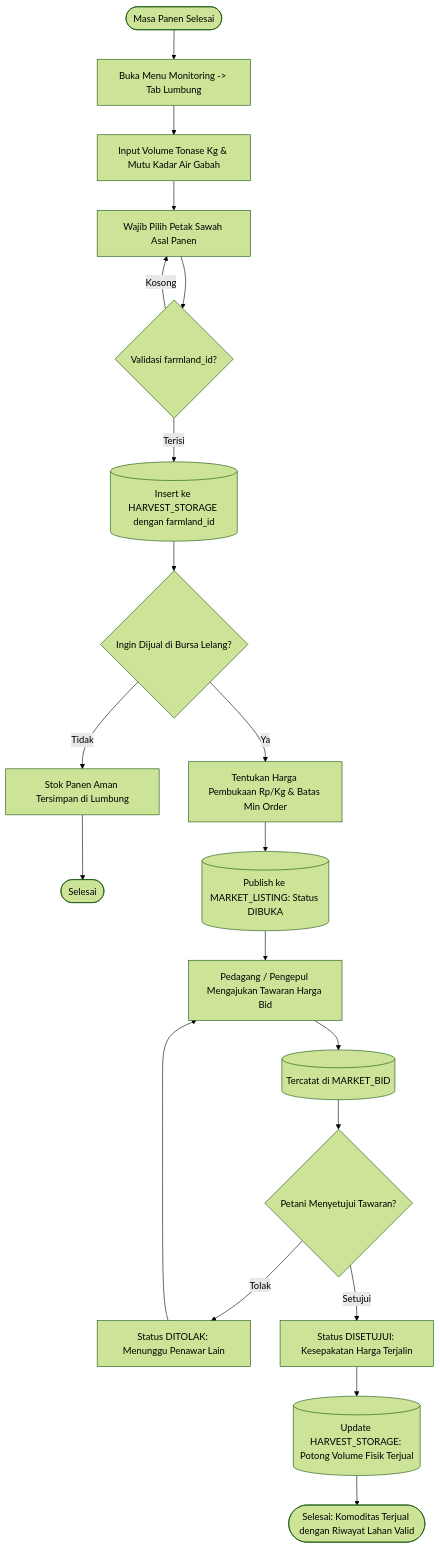
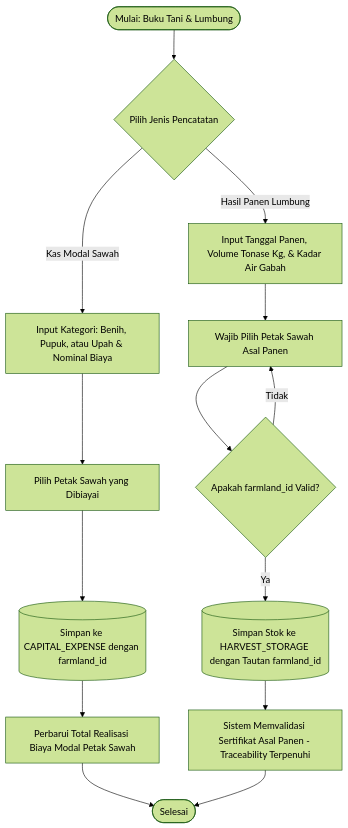
Before and after one commit to ombay86/agribuddy: the fifth of 6 diagrams in FLOWCHART_AgriBuddy.md, drawn with Mermaid (forest theme). The commit also changed other lines of this file and 14 other files, not shown here.

Commit message:
docs: perbarui PRD, ERD, Use Case, Flowchart, dan Activity Diagram sesuai arsitektur Node.js & Gemini AI

````diff
--- a/FLOWCHART_AgriBuddy.md
+++ b/FLOWCHART_AgriBuddy.md
@@ -206,22 +172,18 @@
 ```mermaid
 flowchart TD
-    S4([Masa Panen Selesai]) --> OpenLumbung[Buka Menu Monitoring -> Tab Lumbung]
-    OpenLumbung --> InHarvest[Input Volume Tonase Kg & Mutu Kadar Air Gabah]
+    S4([Mulai: Buku Tani & Lumbung]) --> ChooseAct{Pilih Jenis Pencatatan}
+    
+    ChooseAct -- Kas Modal Sawah --> InputCost[Input Kategori: Benih, Pupuk, atau Upah & Nominal Biaya]
+    InputCost --> PickTargetFarm[Pilih Petak Sawah yang Dibiayai]
+    PickTargetFarm --> D4[(Simpan ke CAPITAL_EXPENSE dengan farmland_id)]
+    D4 --> UpdateRecap[Perbarui Total Realisasi Biaya Modal Petak Sawah]
+    UpdateRecap --> End4([Selesai])
+
+    ChooseAct -- Hasil Panen Lumbung --> InHarvest[Input Tanggal Panen, Volume Tonase Kg, & Kadar Air Gabah]
     InHarvest --> SelectOrigin[Wajib Pilih Petak Sawah Asal Panen]
-    SelectOrigin --> TraceCheck{Validasi farmland_id?}
-    TraceCheck -- Kosong --> SelectOrigin
-    TraceCheck -- Terisi --> D6[(Insert ke HARVEST_STORAGE dengan farmland_id)]
-    D6 --> AuctionDecision{Ingin Dijual di Bursa Lelang?}
-    AuctionDecision -- Tidak --> SaveLumbungOnly[Stok Panen Aman Tersimpan di Lumbung]
-    SaveLumbungOnly --> End4([Selesai])
-    AuctionDecision -- Ya --> InputAuction[Tentukan Harga Pembukaan Rp/Kg & Batas Min Order]
-    InputAuction --> D7[(Publish ke MARKET_LISTING: Status DIBUKA)]
-    D7 --> BidArrives[Pedagang / Pengepul Mengajukan Tawaran Harga Bid]
-    BidArrives --> D8[(Tercatat di MARKET_BID)]
-    D8 --> SellerReview{Petani Menyetujui Tawaran?}
-    SellerReview -- Tolak --> RejectBid[Status DITOLAK: Menunggu Penawar Lain]
-    RejectBid --> BidArrives
-    SellerReview -- Setujui --> AcceptBid[Status DISETUJUI: Kesepakatan Harga Terjalin]
-    AcceptBid --> DeductLumbung[(Update HARVEST_STORAGE: Potong Volume Fisik Terjual)]
-    DeductLumbung --> End4b([Selesai: Komoditas Terjual dengan Riwayat Lahan Valid])
+    SelectOrigin --> ValidateOrigin{Apakah farmland_id Valid?}
+    ValidateOrigin -- Tidak --> SelectOrigin
+    ValidateOrigin -- Ya --> D5[(Simpan Stok ke HARVEST_STORAGE dengan Tautan farmland_id)]
+    D5 --> GenTrace[Sistem Memvalidasi Sertifikat Asal Panen - Traceability Terpenuhi]
+    GenTrace --> End4
 ```
````
